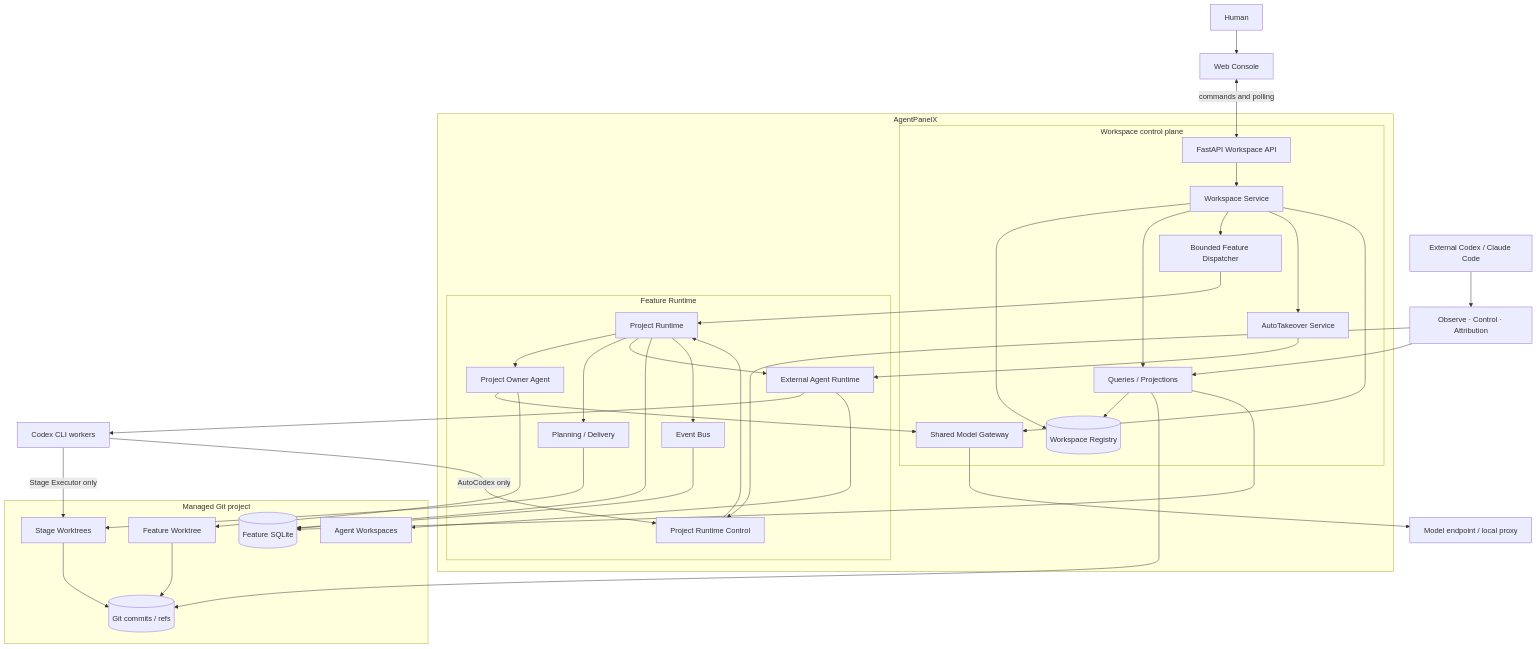
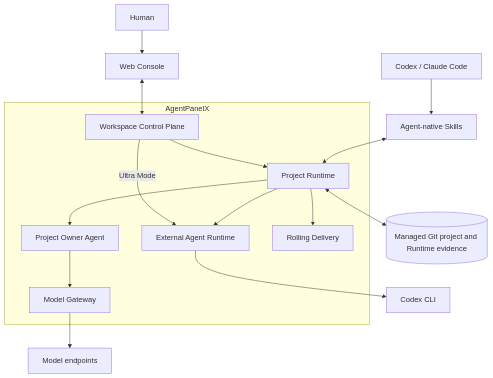
The diagram in README.md (aowo-1345/AgentPanelX), drawn with Mermaid before and after one commit. The commit also changed other lines of this file and 2 other files, not shown here.

Commit message:
docs: simplify public system context

````diff
--- a/README.md
+++ b/README.md
@@ -68,77 +68,34 @@
 ```mermaid
 flowchart TB
     Human[Human]
-    Browser[Web Console]
-    External[External Codex / Claude Code]
-    Skills[Observe · Control · Attribution]
-    Provider[Model endpoint / local proxy]
-    CodexCLI[Codex CLI workers]
+    CodingAgent[Codex / Claude Code]
+    Web[Web Console]
+    Skills[Agent-native Skills]
+    Models[Model endpoints]
+    CodexCLI[Codex CLI]
 
     subgraph APX[AgentPanelX]
-        subgraph WorkspacePlane[Workspace control plane]
-            API[FastAPI Workspace API]
-            Workspace[Workspace Service]
-            Registry[(Workspace Registry)]
-            Dispatcher[Bounded Feature Dispatcher]
-            Queries[Queries / Projections]
-            Takeover[AutoTakeover Service]
-            Gateway[Shared Model Gateway]
-        end
-
-        subgraph FeaturePlane[Feature Runtime]
-            Runtime[Project Runtime]
-            Control[Project Runtime Control]
-            Owner[Project Owner Agent]
-            Delivery[Planning / Delivery]
-            AgentRuntime[External Agent Runtime]
-            Bus[Event Bus]
-        end
+        Workspace[Workspace Control Plane]
+        Runtime[Project Runtime]
+        Owner[Project Owner Agent]
+        Agents[External Agent Runtime]
+        Delivery[Rolling Delivery]
+        Gateway[Model Gateway]
     end
 
-    subgraph Project[Managed Git project]
-        FeatureWT[Feature Worktree]
-        StageWT[Stage Worktrees]
-        AgentWS[Agent Workspaces]
-        Git[(Git commits / refs)]
-        SQLite[(Feature SQLite)]
-    end
+    Project[(Managed Git project and Runtime evidence)]
 
-    Human --> Browser
-    Browser <-->|commands and polling| API
-    External --> Skills
-    Skills --> Queries
-    Skills --> Control
-
-    API --> Workspace
-    Workspace --> Registry
-    Workspace --> Queries
-    Workspace --> Dispatcher
-    Workspace --> Takeover
-    Workspace --> Gateway
-    Dispatcher --> Runtime
-
-    Control --> Runtime
+    Human --> Web
+    CodingAgent --> Skills
+    Web <--> Workspace
+    Skills <--> Runtime
+    Workspace --> Runtime
     Runtime --> Owner
+    Runtime --> Agents
     Runtime --> Delivery
-    Runtime --> AgentRuntime
-    Takeover --> AgentRuntime
-
+    Workspace -->|Ultra Mode| Agents
     Owner --> Gateway
-    Gateway --> Provider
-    AgentRuntime --> CodexCLI
-    CodexCLI -->|AutoCodex only| Control
-
-    Owner --> FeatureWT
-    Delivery --> StageWT
-    AgentRuntime --> AgentWS
-    CodexCLI -->|Stage Executor only| StageWT
-    FeatureWT --> Git
-    StageWT --> Git
-
-    Runtime --> SQLite
-    Runtime --> Bus
-    Bus --> SQLite
-    Queries --> Registry
-    Queries --> Git
-    Queries --> SQLite
+    Gateway --> Models
+    Agents --> CodexCLI
+    Runtime <--> Project
 ```
````
